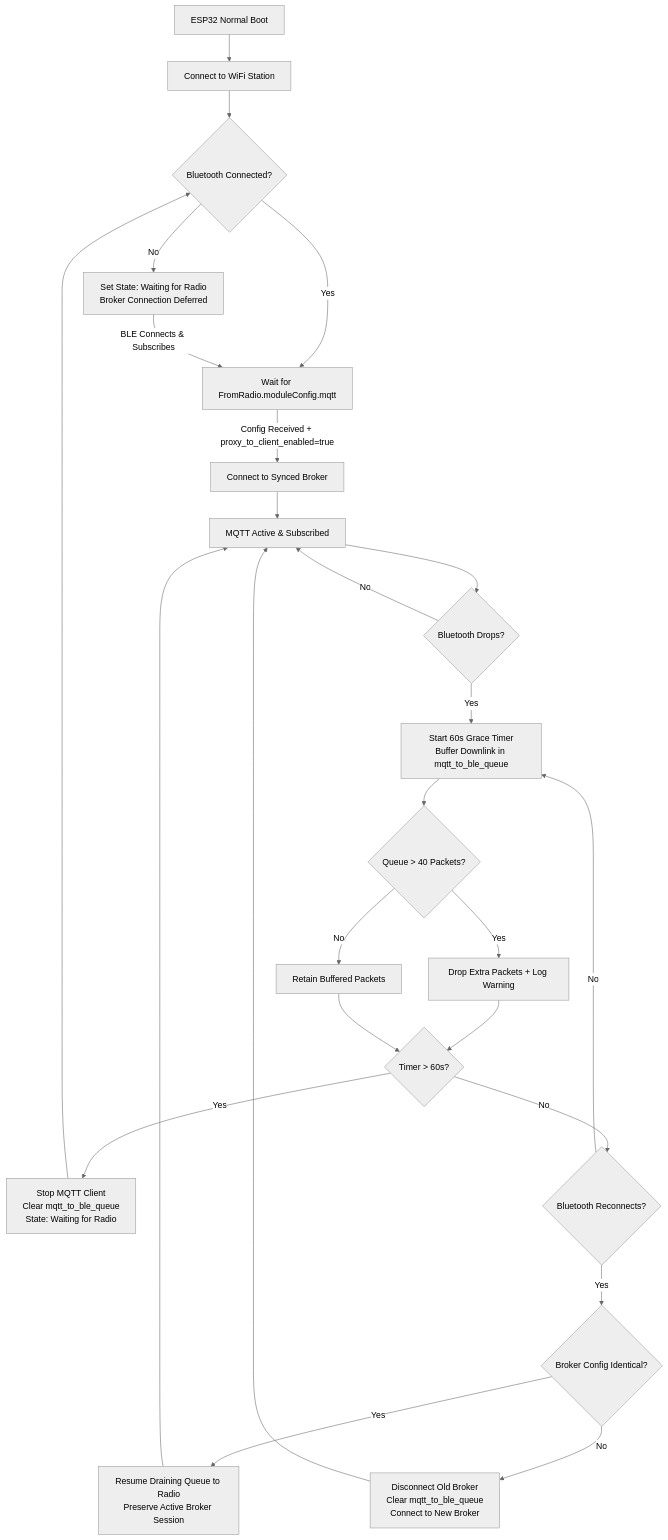
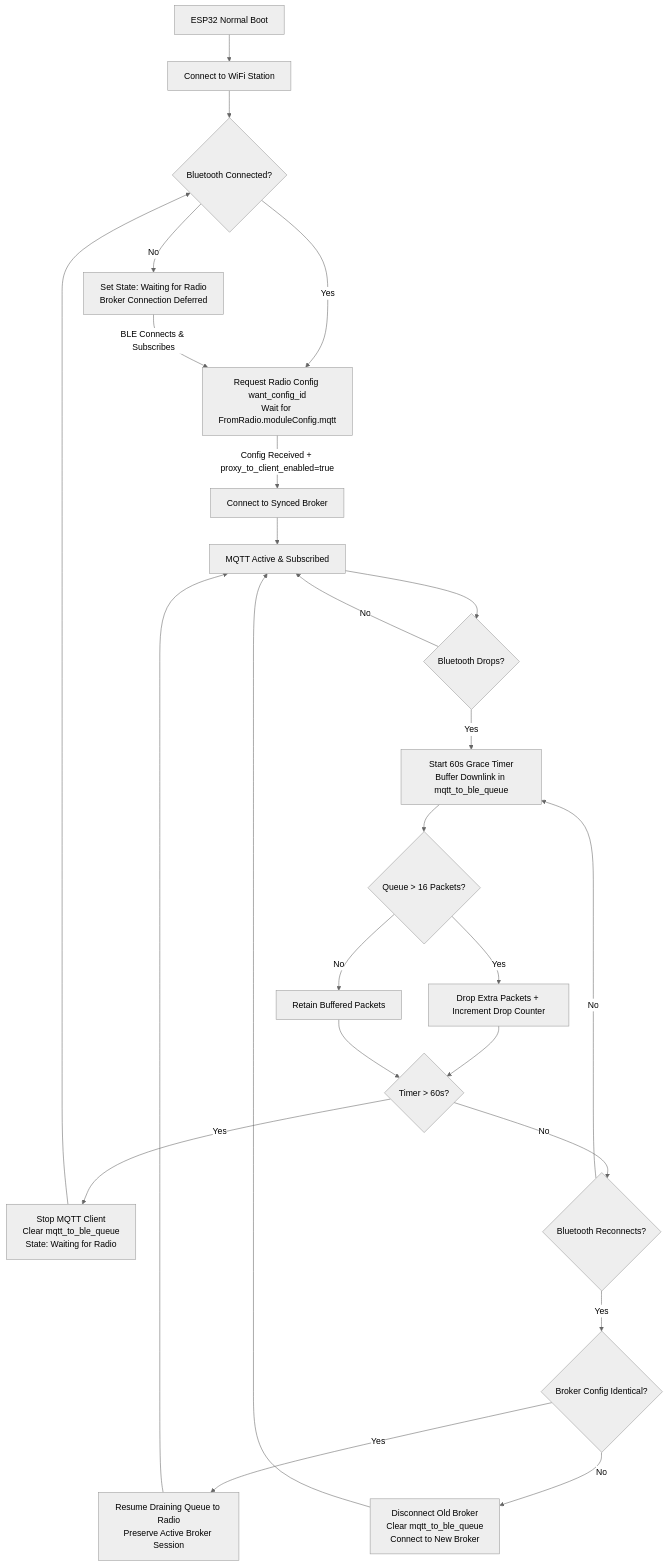
The diagram in docs/feature-mqtt-proxy.md (SourceLabOrg/meshtastic-esp32-bt-bridge), drawn with Mermaid (neutral theme) before and after one commit. The commit also changed other lines of this file and 4 other files, not shown here.

````diff
--- a/docs/feature-mqtt-proxy.md
+++ b/docs/feature-mqtt-proxy.md
@@ -160,27 +160,27 @@
 ```mermaid
 flowchart TD
     A[ESP32 Normal Boot] --> B[Connect to WiFi Station]
     B --> C{Bluetooth Connected?}
     C -- No --> D[Set State: Waiting for Radio<br>Broker Connection Deferred]
-    C -- Yes --> E[Wait for FromRadio.moduleConfig.mqtt]
+    C -- Yes --> E[Request Radio Config want_config_id<br>Wait for FromRadio.moduleConfig.mqtt]
     D -->|BLE Connects & Subscribes| E
     E -->|Config Received + proxy_to_client_enabled=true| F[Connect to Synced Broker]
     F --> G[MQTT Active & Subscribed]
     G --> H{Bluetooth Drops?}
     H -- No --> G
     H -- Yes --> I[Start 60s Grace Timer<br>Buffer Downlink in mqtt_to_ble_queue]
-    I --> J{Queue > 40 Packets?}
-    J -- Yes --> K[Drop Extra Packets + Log Warning]
+    I --> J{Queue > 16 Packets?}
+    J -- Yes --> K[Drop Extra Packets + Increment Drop Counter]
     J -- No --> L[Retain Buffered Packets]
     K --> M{Timer > 60s?}
     L --> M
     M -- Yes --> N[Stop MQTT Client<br>Clear mqtt_to_ble_queue<br>State: Waiting for Radio]
     N --> C
     M -- No --> O{Bluetooth Reconnects?}
     O -- No --> I
     O -- Yes --> P{Broker Config Identical?}
     P -- Yes --> Q[Resume Draining Queue to Radio<br>Preserve Active Broker Session]
     Q --> G
     P -- No --> R[Disconnect Old Broker<br>Clear mqtt_to_ble_queue<br>Connect to New Broker]
     R --> G
 ```
````
